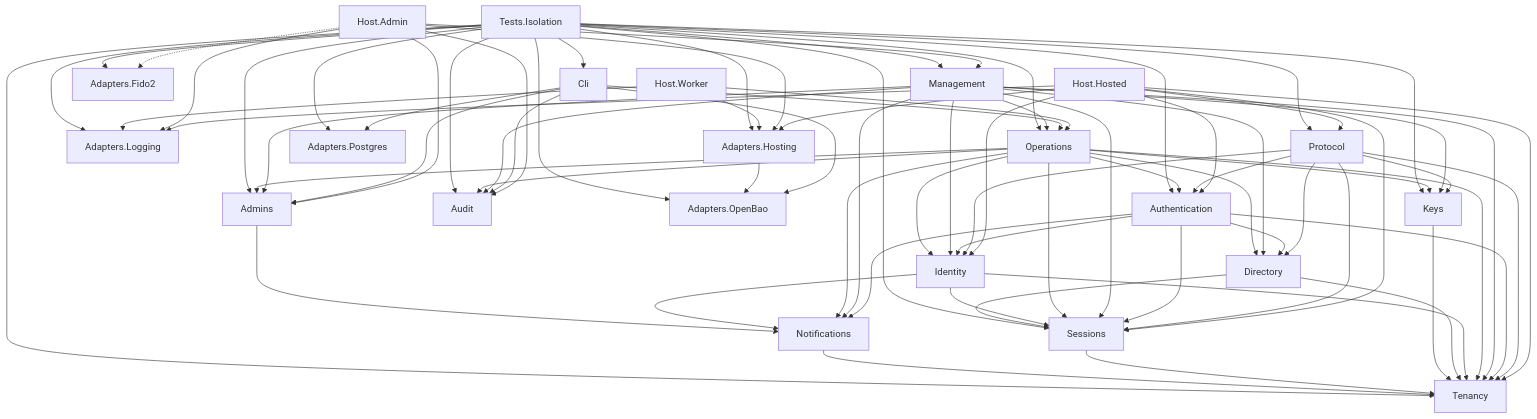
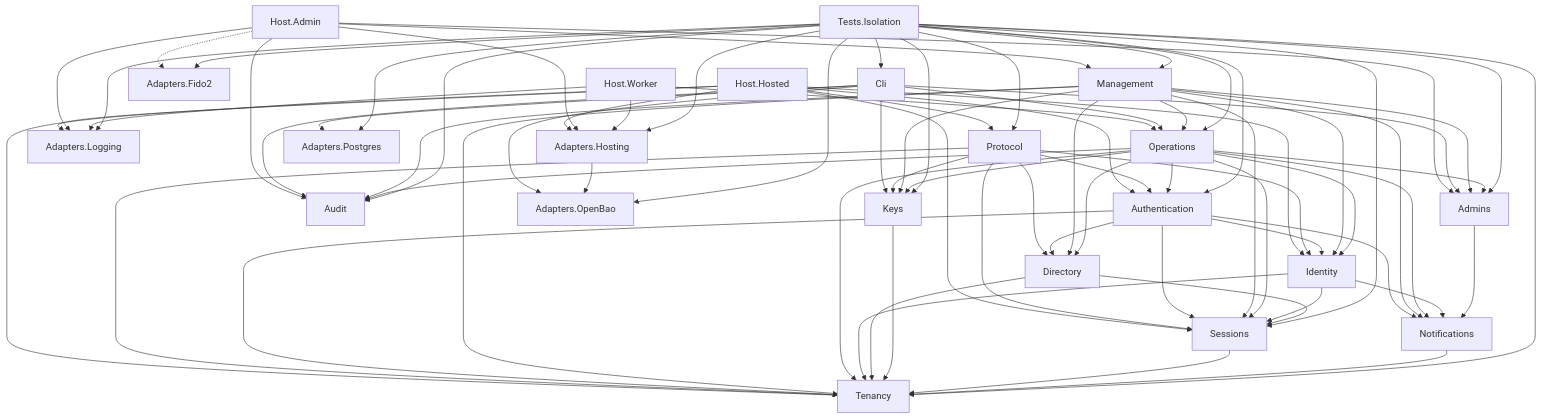
One commit to shanilmelder/gatekeep changed the diagram in docs/architecture/module-dependencies.md. Above: the diagram before and after it, drawn with Mermaid. The commit also changed 28 other files, not shown here.

```diff
--- a/docs/architecture/module-dependencies.md
+++ b/docs/architecture/module-dependencies.md
@@ -22,10 +22,10 @@
   HostWorker[Host.Worker]
   Operations[Operations]
   Cli[Cli]
+  Keys[Keys]
   AdaptersOpenBao[Adapters.OpenBao]
   AdaptersPostgres[Adapters.Postgres]
   Directory[Directory]
-  Keys[Keys]
   Notifications[Notifications]
   TestsIsolation[Tests.Isolation]
   HostHosted --> Protocol
@@ -47,6 +47,7 @@
   Cli --> Operations
   Cli --> Admins
   Cli --> Audit
+  Cli --> Keys
   Cli --> AdaptersOpenBao
   Cli --> AdaptersPostgres
   Protocol --> Authentication
```
